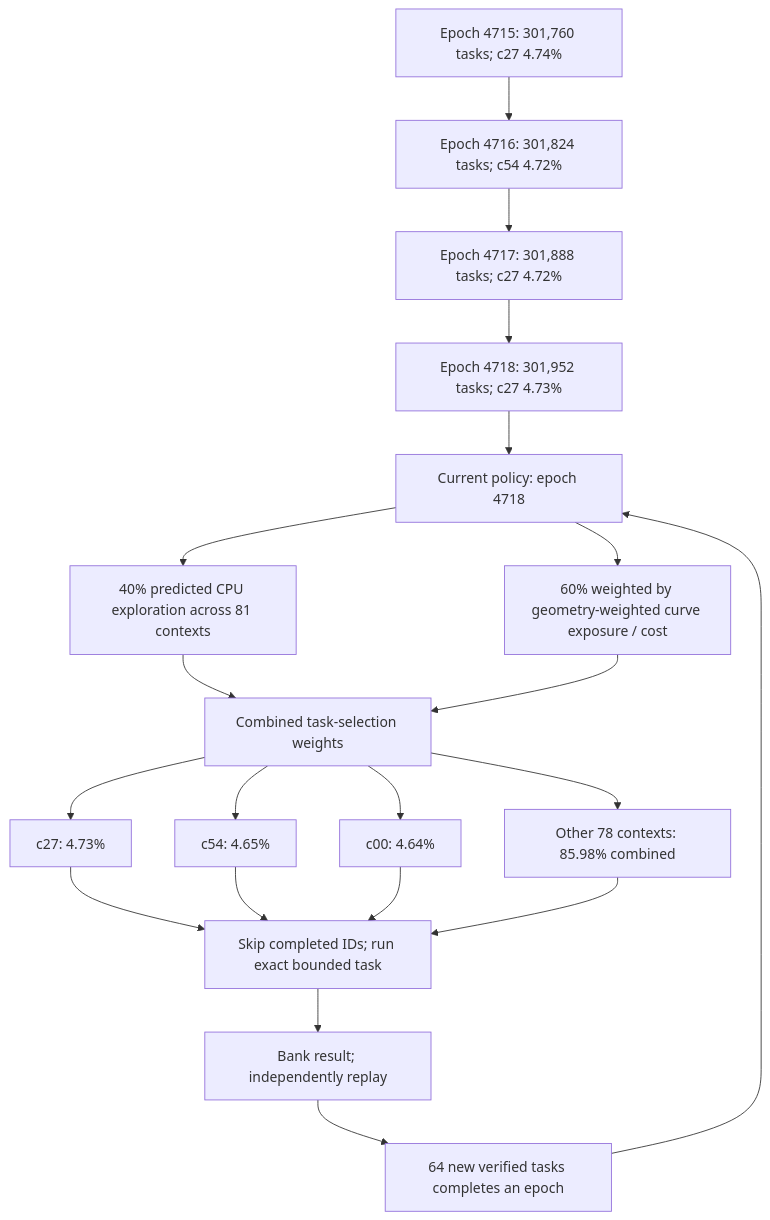
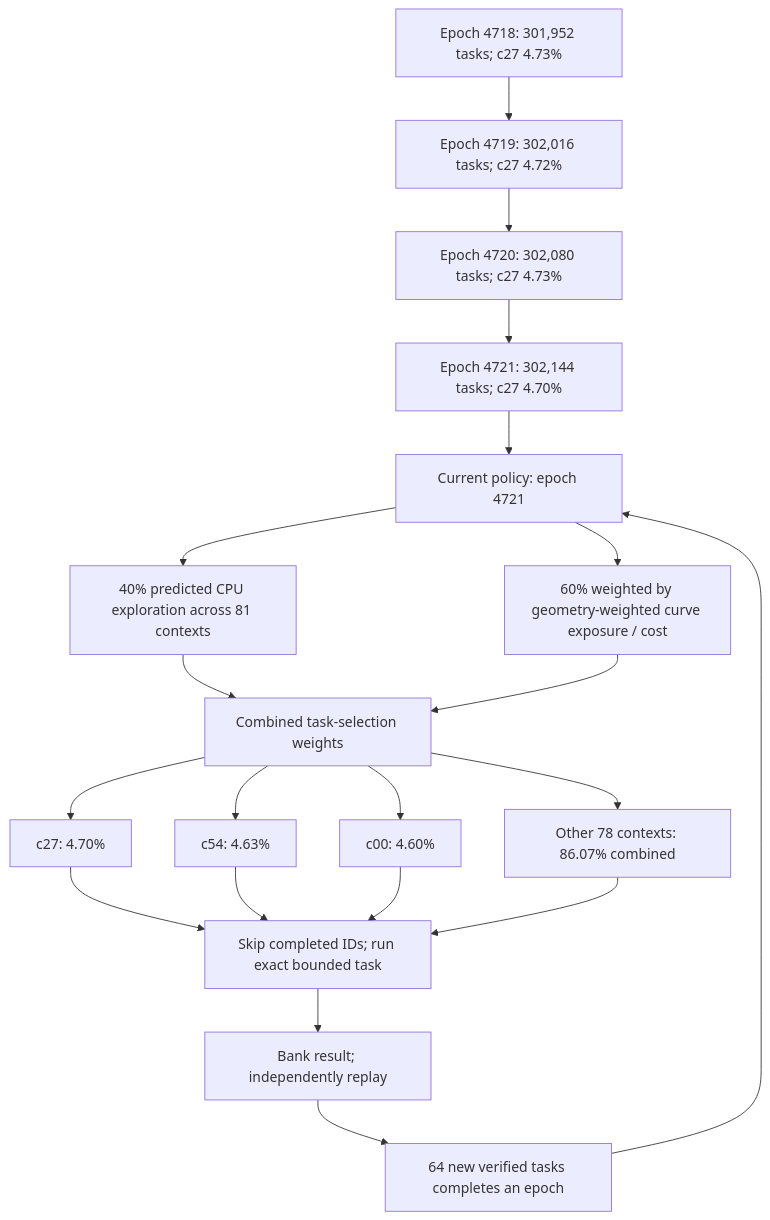
One commit to Kuberwastaken/math-gambling changed the first of 3 diagrams in README.md. Above: the diagram before and after it, drawn with Mermaid. The commit also changed other lines of this file and 2600 other files, not shown here.

````diff
--- a/README.md
+++ b/README.md
@@ -60,27 +60,27 @@
 ```mermaid
 flowchart TD
-    H0["Epoch 4715: 301,760 tasks; c27 4.74%"]
-    H1["Epoch 4716: 301,824 tasks; c54 4.72%"]
+    H0["Epoch 4718: 301,952 tasks; c27 4.73%"]
+    H1["Epoch 4719: 302,016 tasks; c27 4.72%"]
     H0 --> H1
-    H2["Epoch 4717: 301,888 tasks; c27 4.72%"]
+    H2["Epoch 4720: 302,080 tasks; c27 4.73%"]
     H1 --> H2
-    H3["Epoch 4718: 301,952 tasks; c27 4.73%"]
+    H3["Epoch 4721: 302,144 tasks; c27 4.70%"]
     H2 --> H3
-    Policy["Current policy: epoch 4718"]
+    Policy["Current policy: epoch 4721"]
     H3 --> Policy
     Policy --> Explore["40% predicted CPU exploration across 81 contexts"]
     Policy --> Cost["60% weighted by geometry-weighted curve exposure / cost"]
     Explore --> Mix["Combined task-selection weights"]
     Cost --> Mix
-    Mix --> C0["c27: 4.73%"]
-    Mix --> C1["c54: 4.65%"]
-    Mix --> C2["c00: 4.64%"]
-    Mix --> Rest["Other 78 contexts: 85.98% combined"]
+    Mix --> C0["c27: 4.70%"]
+    Mix --> C1["c54: 4.63%"]
+    Mix --> C2["c00: 4.60%"]
+    Mix --> Rest["Other 78 contexts: 86.07% combined"]
     C0 --> Check["Skip completed IDs; run exact bounded task"]
     C1 --> Check
     C2 --> Check
     Rest --> Check
     Check --> Replay["Bank result; independently replay"]
     Replay --> Gate["64 new verified tasks completes an epoch"]
     Gate --> Policy
 ```
````
